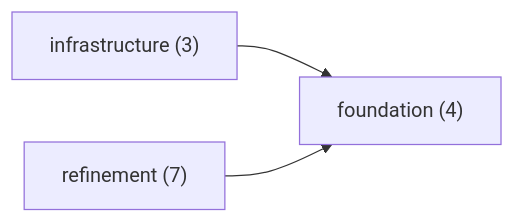
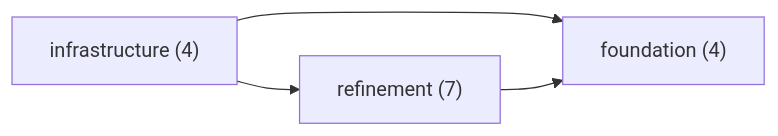
Before and after one commit to libar-dev/architect: the first of 4 diagrams in docs-live/architecture/layered.md, drawn with Mermaid. The commit also changed other lines of this file and 21 other files, not shown here.

First line of the commit message:
docs(live): regenerate docs-live from the reshaped graph

````diff
--- a/docs-live/architecture/layered.md
+++ b/docs-live/architecture/layered.md
@@ -18,8 +18,9 @@
 ```mermaid
 graph LR
   foundation["foundation (4)"]
-  infrastructure["infrastructure (3)"]
+  infrastructure["infrastructure (4)"]
   refinement["refinement (7)"]
   infrastructure --> foundation
+  infrastructure --> refinement
   refinement --> foundation
 ```
````
